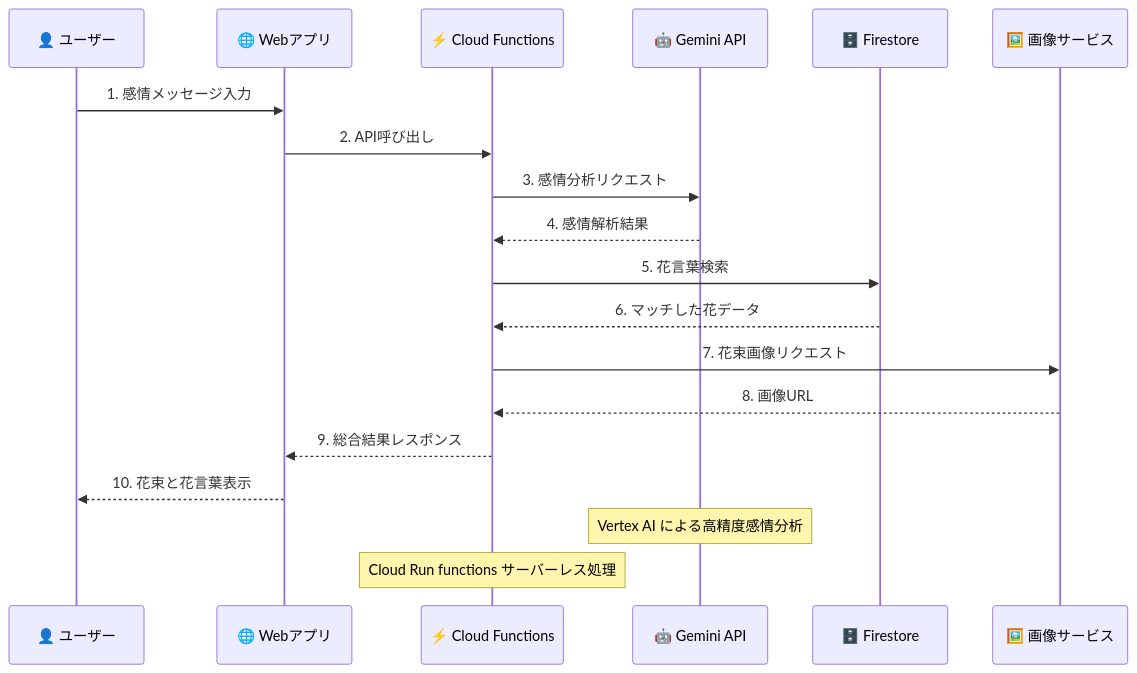
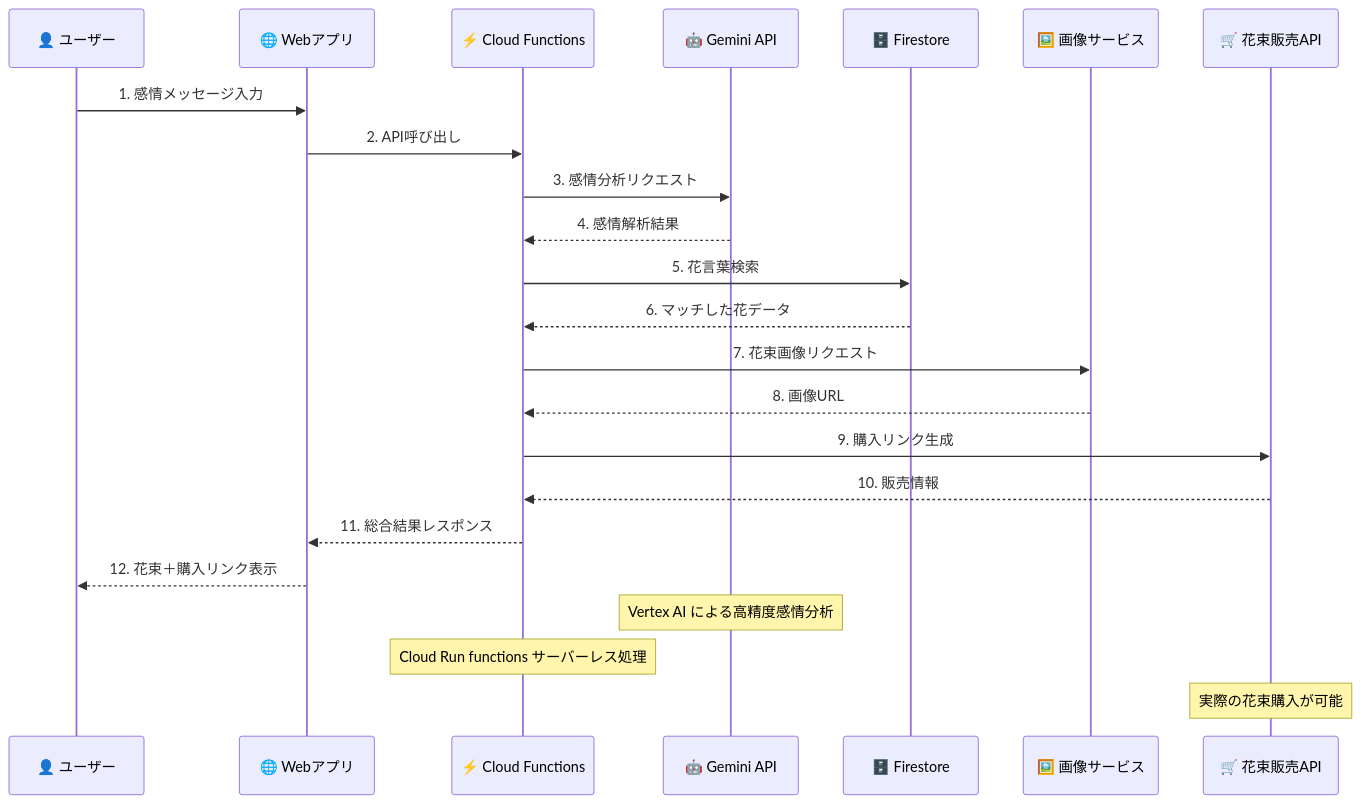
The fourth of 9 diagrams in docs/zenn-article-complete.md (wwlapaki310/sakisou), drawn with Mermaid before and after one commit. The commit also changed other lines of this file, not shown here.

````diff
--- a/docs/zenn-article-complete.md
+++ b/docs/zenn-article-complete.md
@@ -121,23 +224,27 @@
 ```mermaid
 sequenceDiagram
     participant U as 👤 ユーザー
     participant W as 🌐 Webアプリ
     participant F as ⚡ Cloud Functions
     participant G as 🤖 Gemini API
     participant D as 🗄️ Firestore
     participant I as 🖼️ 画像サービス
+    participant S as 🛒 花束販売API
     
     U->>W: 1. 感情メッセージ入力
     W->>F: 2. API呼び出し
     F->>G: 3. 感情分析リクエスト
     G-->>F: 4. 感情解析結果
     F->>D: 5. 花言葉検索
     D-->>F: 6. マッチした花データ
     F->>I: 7. 花束画像リクエスト
     I-->>F: 8. 画像URL
-    F-->>W: 9. 総合結果レスポンス
-    W-->>U: 10. 花束と花言葉表示
+    F->>S: 9. 購入リンク生成
+    S-->>F: 10. 販売情報
+    F-->>W: 11. 総合結果レスポンス
+    W-->>U: 12. 花束＋購入リンク表示
     
     Note over G: Vertex AI による高精度感情分析
     Note over F: Cloud Run functions サーバーレス処理
+    Note over S: 実際の花束購入が可能
 ```
````
